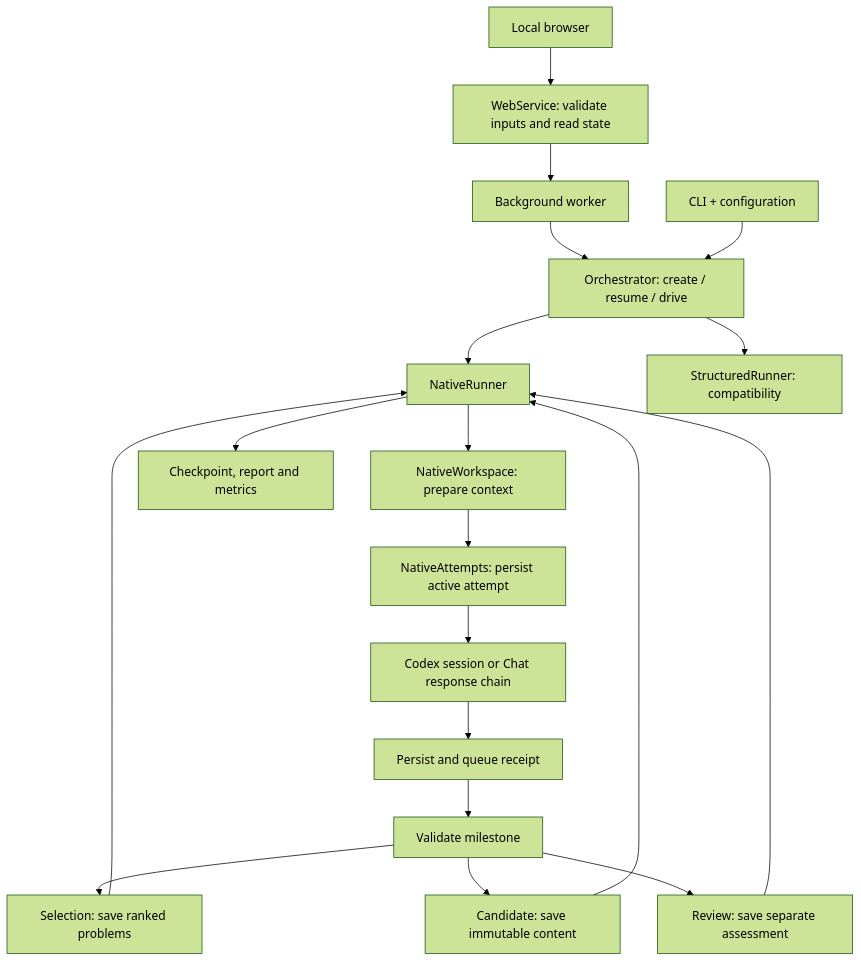
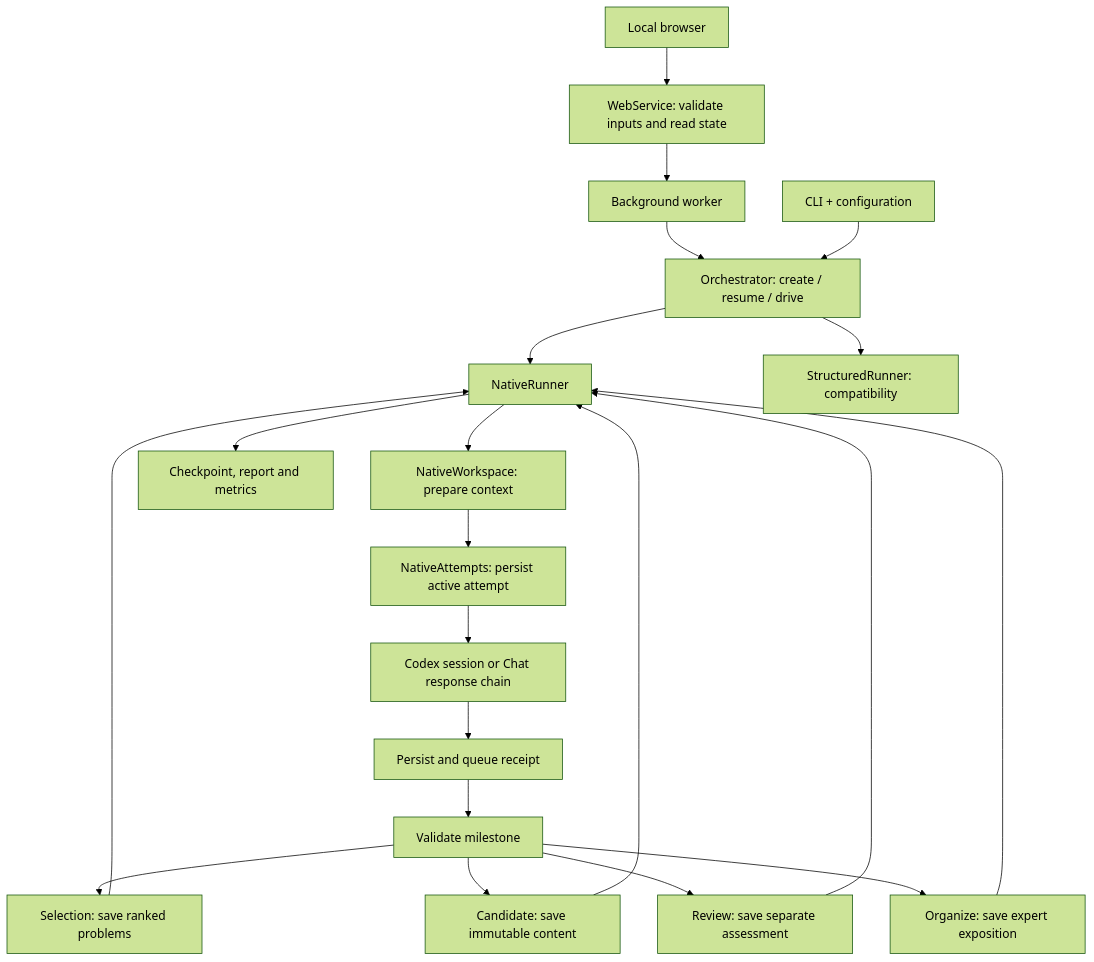
The diagram in docs/architecture.md (intern233/MathLottery), drawn with Mermaid (forest theme) before and after one commit. The commit also changed other lines of this file and 91 other files, not shown here.

````diff
--- a/docs/architecture.md
+++ b/docs/architecture.md
@@ -51,21 +57,23 @@
 ```mermaid
 flowchart TD
     Browser[Local browser] --> Web[WebService: validate inputs and read state]
     Web --> Worker[Background worker]
     Worker --> Engine
     CLI[CLI + configuration] --> Engine[Orchestrator: create / resume / drive]
     Engine --> Native[NativeRunner]
     Engine --> Legacy[StructuredRunner: compatibility]
     Native --> Workspace[NativeWorkspace: prepare context]
     Workspace --> Journal[NativeAttempts: persist active attempt]
     Journal --> Backend[Codex session or Chat response chain]
     Backend --> Receipt[Persist and queue receipt]
     Receipt --> Milestone[Validate milestone]
     Milestone --> Find[Selection: save ranked problems]
     Milestone --> Solve[Candidate: save immutable content]
     Milestone --> Review[Review: save separate assessment]
+    Milestone --> Organize[Organize: save expert exposition]
     Find --> Native
     Solve --> Native
     Review --> Native
+    Organize --> Native
     Native --> Report[Checkpoint, report and metrics]
 ```
````
